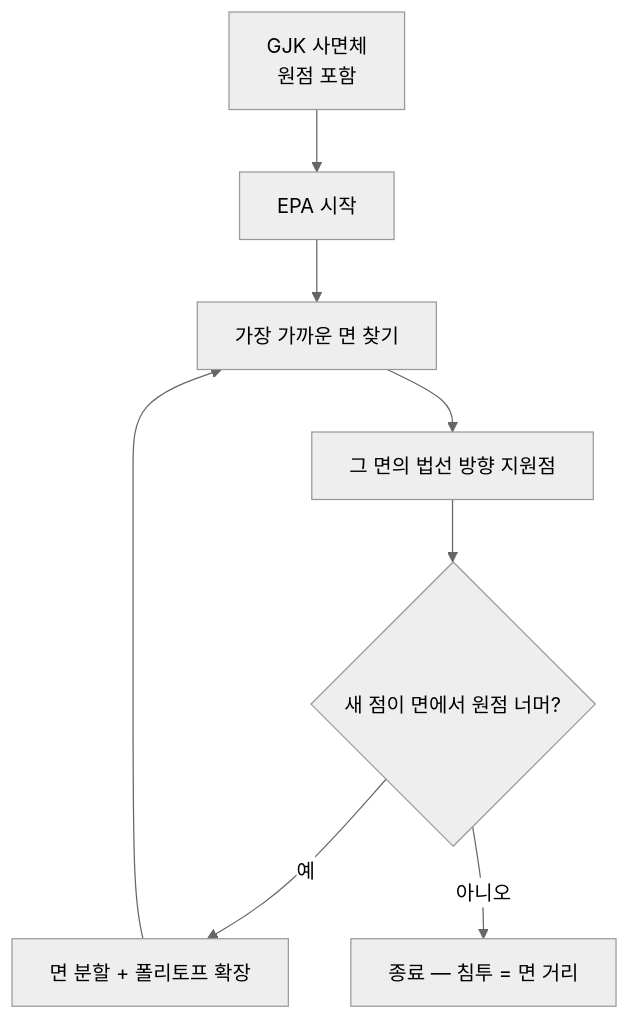
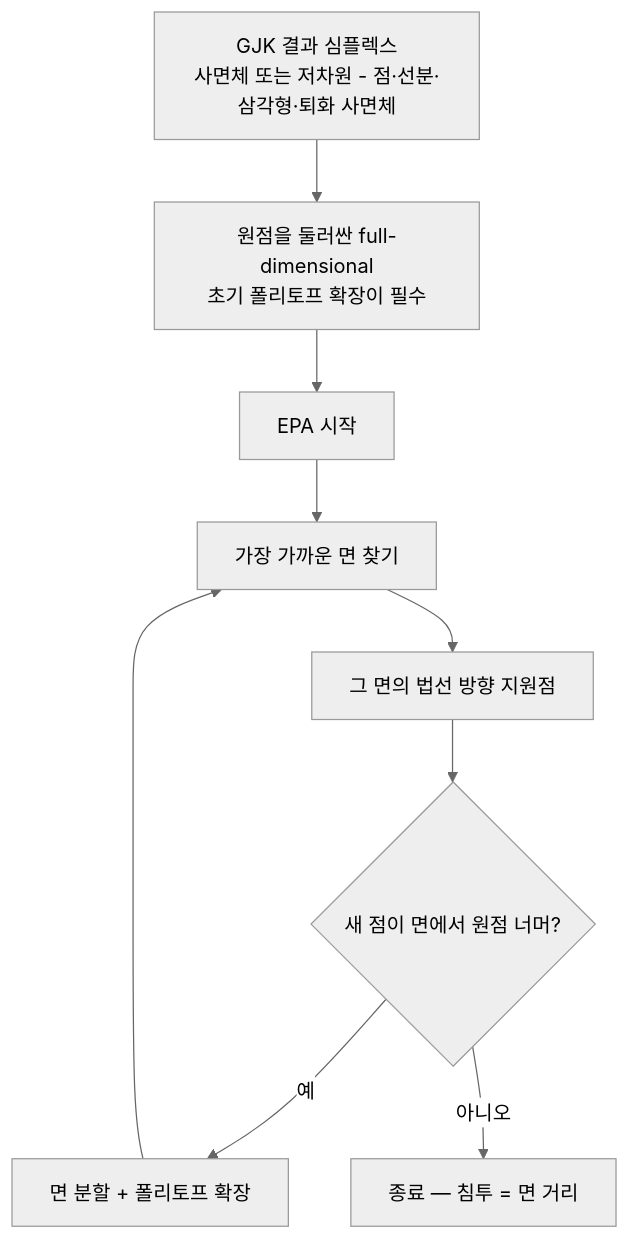
Before and after one commit to Rein-ArXiv/game-dev-curriculum: the seventh of 8 diagrams in math/part13_collision_gjk_epa.md, drawn with Mermaid (neutral theme). The commit also changed other lines of this file and 279 other files, not shown here.

````diff
--- a/math/part13_collision_gjk_epa.md
+++ b/math/part13_collision_gjk_epa.md
@@ -531,10 +553,11 @@
 ```mermaid
 flowchart TD
-    GJK[GJK 사면체<br/>원점 포함] --> EPAStart[EPA 시작]
+    GJK[GJK 결과 심플렉스<br/>사면체 또는 저차원 - 점·선분·삼각형·퇴화 사면체] --> Seed[원점을 둘러싼 full-dimensional<br/>초기 폴리토프 확장이 필수]
+    Seed --> EPAStart[EPA 시작]
     EPAStart --> NearestFace[가장 가까운 면 찾기]
     NearestFace --> NewSup[그 면의 법선 방향 지원점]
     NewSup --> Q{새 점이 면에서 원점 너머?}
     Q -->|예| Expand[면 분할 + 폴리토프 확장]
     Expand --> NearestFace
     Q -->|아니오| Done[종료 — 침투 = 면 거리]
 ```
````
